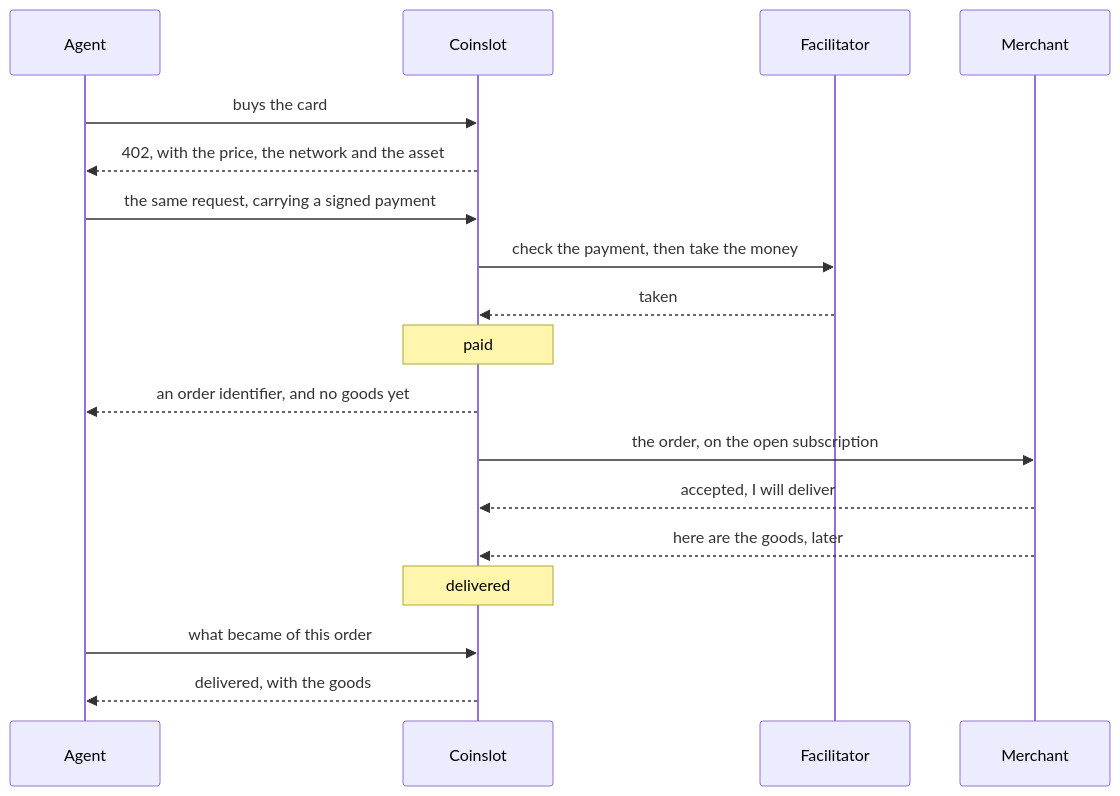
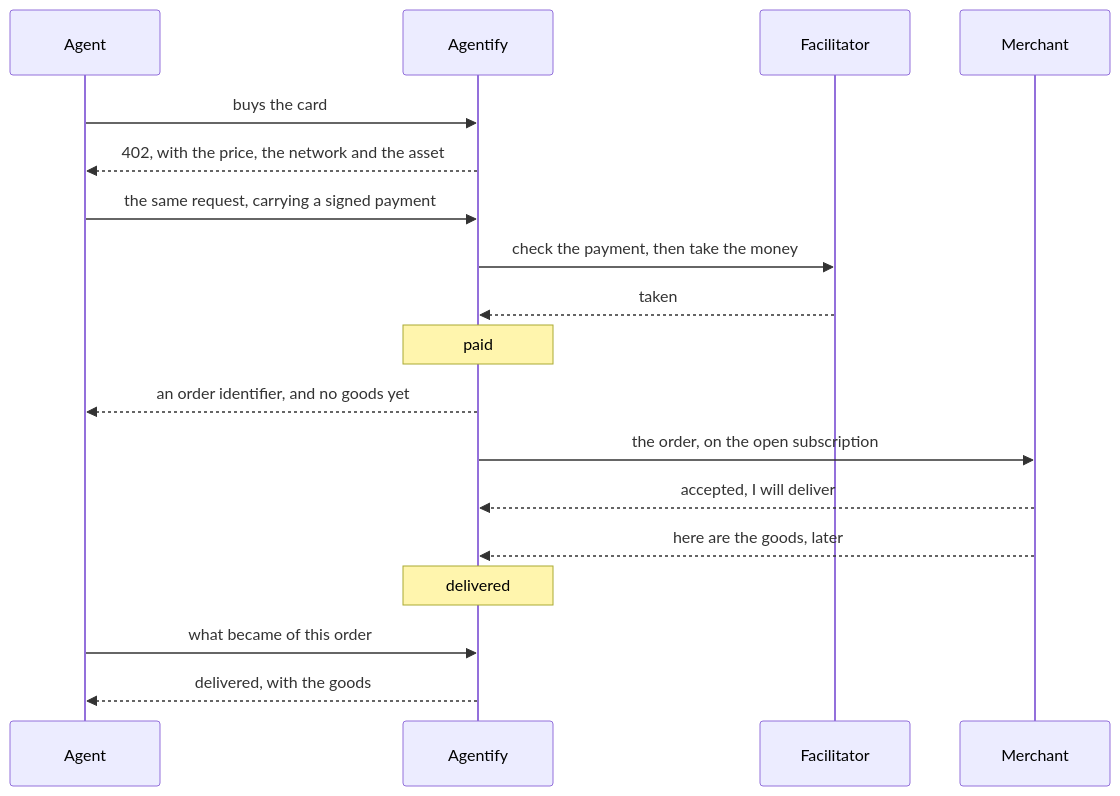
The second of 3 diagrams in README.md (aftercard/agentify), drawn with Mermaid before and after one commit. The commit also changed other lines of this file and 44 other files, not shown here.

````diff
--- a/README.md
+++ b/README.md
@@ -118,20 +118,20 @@
 ```mermaid
 sequenceDiagram
     participant A as Agent
-    participant G as Coinslot
+    participant G as Agentify
     participant F as Facilitator
     participant H as Merchant
     A->>G: buys the card
     G-->>A: 402, with the price, the network and the asset
     A->>G: the same request, carrying a signed payment
     G->>F: check the payment, then take the money
     F-->>G: taken
     Note over G: paid
     G-->>A: an order identifier, and no goods yet
     G->>H: the order, on the open subscription
     H-->>G: accepted, I will deliver
     H-->>G: here are the goods, later
     Note over G: delivered
     A->>G: what became of this order
     G-->>A: delivered, with the goods
 ```
````
